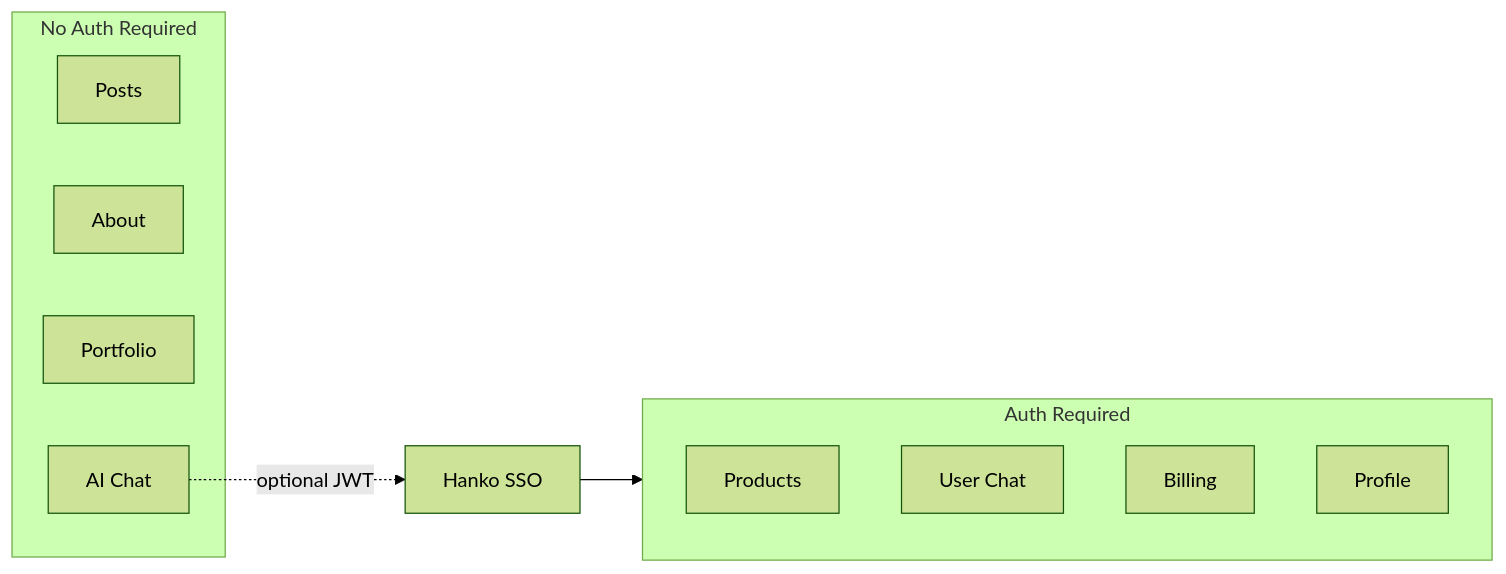
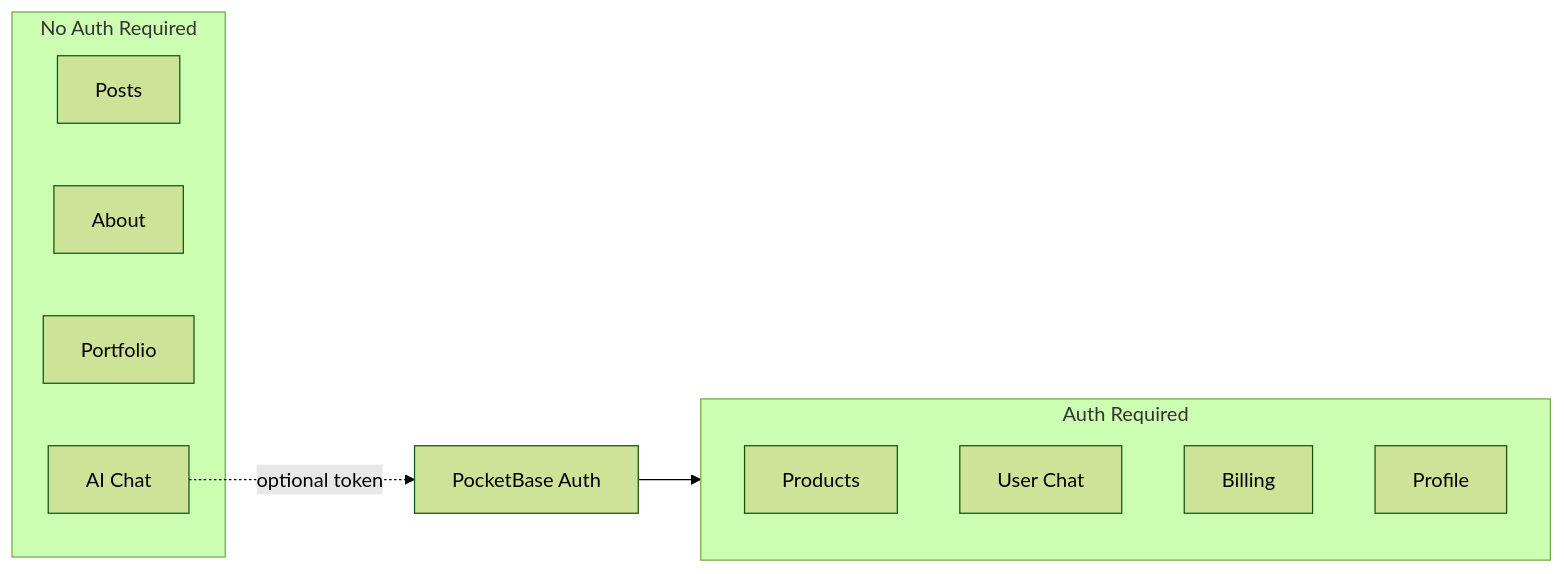
One commit to dirm02/bloggista changed diagram 13 of 13 in expansion.md. Above: the diagram before and after it, drawn with Mermaid (forest theme). The commit also changed other lines of this file, not shown here.

````diff
--- a/expansion.md
+++ b/expansion.md
@@ -548,19 +523,19 @@
 ```mermaid
 flowchart LR
     subgraph PublicAccess [No Auth Required]
         Posts[Posts]
         About[About]
         Portfolio[Portfolio]
         AIChat[AI Chat]
     end
 
     subgraph ProtectedAccess [Auth Required]
         Products[Products]
         UserChat[User Chat]
         Billing[Billing]
         Profile[Profile]
     end
 
-    Hanko[Hanko SSO] --> ProtectedAccess
-    AIChat -.->|optional JWT| Hanko
+    PocketBase[PocketBase Auth] --> ProtectedAccess
+    AIChat -.->|optional token| PocketBase
 ```
````
